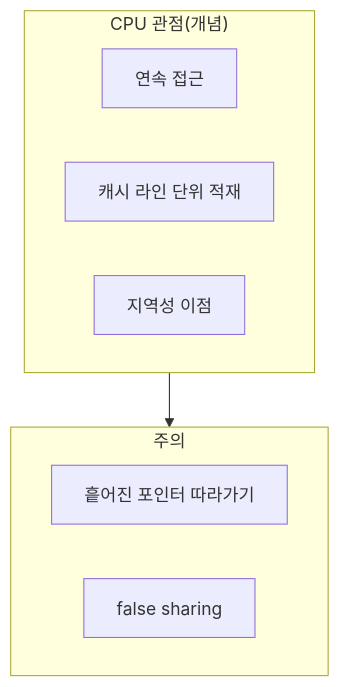
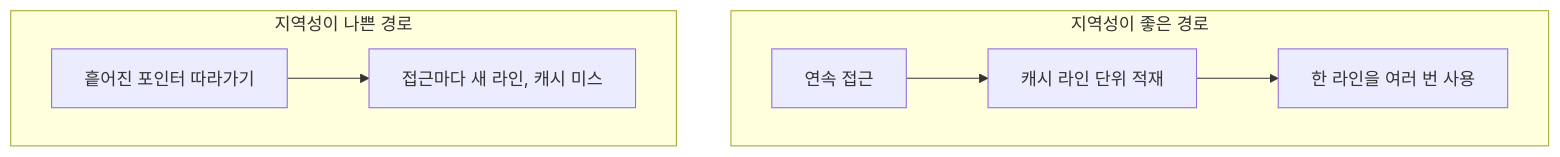
One commit to 42jerrykim/42jerrykim.github.io changed the diagram in content/collection/optimization-04-memory-allocation/15-memory-lifetime-cacheline-intuition/index.md. Above: the diagram before and after it, drawn with Mermaid. The commit also changed other lines of this file and 1 other file, not shown here.

````diff
--- a/content/collection/optimization-04-memory-allocation/15-memory-lifetime-cacheline-intuition/index.md
+++ b/content/collection/optimization-04-memory-allocation/15-memory-lifetime-cacheline-intuition/index.md
@@ -93,13 +62,9 @@
 ```mermaid
 flowchart TB
-  subgraph cpu ["CPU 관점(개념)"]
-    A["연속 접근"]
-    B["캐시 라인 단위 적재"]
-    C["지역성 이점"]
+  subgraph good ["지역성이 좋은 경로"]
+    seq["연속 접근"] --> line["캐시 라인 단위 적재"] --> hit["한 라인을 여러 번 사용"]
   end
-  subgraph risk ["주의"]
-    D["흩어진 포인터 따라가기"]
-    E["false sharing"]
+  subgraph bad ["지역성이 나쁜 경로"]
+    chase["흩어진 포인터 따라가기"] --> miss["접근마다 새 라인, 캐시 미스"]
   end
-  cpu --> risk
 ```
````
